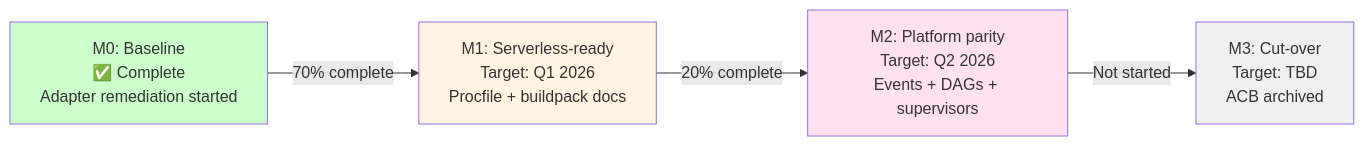
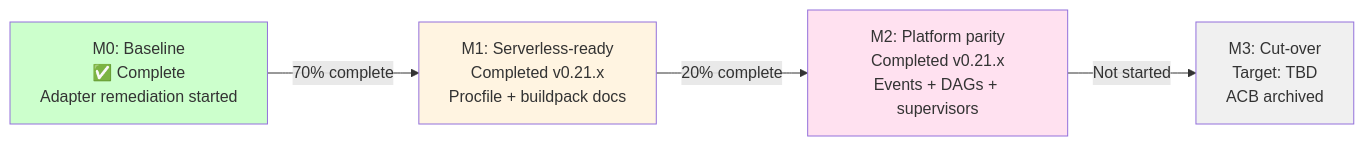
The second of 2 diagrams in docs/STRATEGIC_ROADMAP.md (lesleslie/oneiric), drawn with Mermaid before and after one commit. The commit also changed other lines of this file and 15 other files, not shown here.

First line of the commit message:
docs(audit-round2): resolve version, test-count, and roadmap drift

````diff
--- a/docs/STRATEGIC_ROADMAP.md
+++ b/docs/STRATEGIC_ROADMAP.md
@@ -91,16 +91,16 @@
 ```mermaid
-graph LR
+flowchart LR
     M0["M0: Baseline<br/>✅ Complete<br/>Adapter remediation started"]
-    M1["M1: Serverless-ready<br/>Target: Q1 2026<br/>Procfile + buildpack docs"]
-    M2["M2: Platform parity<br/>Target: Q2 2026<br/>Events + DAGs + supervisors"]
+    M1["M1: Serverless-ready<br/>Completed v0.21.x<br/>Procfile + buildpack docs"]
+    M2["M2: Platform parity<br/>Completed v0.21.x<br/>Events + DAGs + supervisors"]
     M3["M3: Cut-over<br/>Target: TBD<br/>ACB archived"]
 
     M0 -->|"70% complete"| M1
     M1 -->|"20% complete"| M2
     M2 -->|"Not started"| M3
 
     style M0 fill:#ccffcc
     style M1 fill:#fff4e1
     style M2 fill:#ffe1f0
     style M3 fill:#f0f0f0
 ```
````
